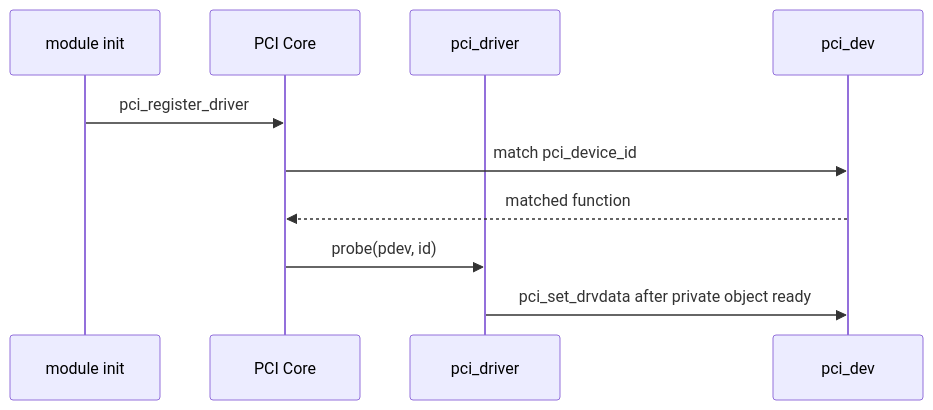
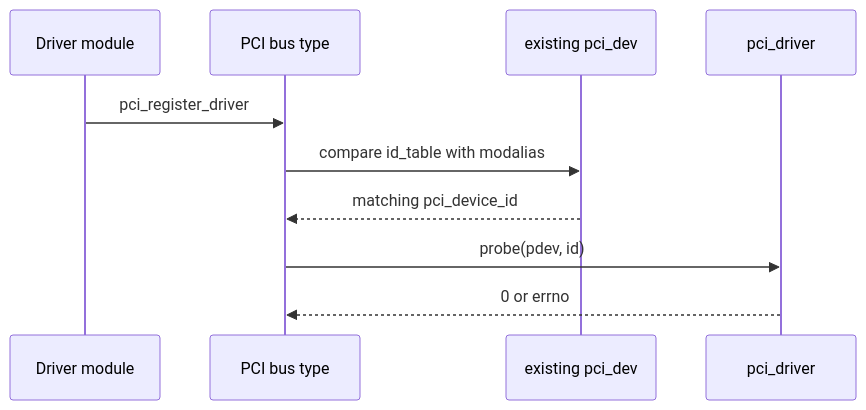
One commit to cdragon-ljl/EEandEdgeAI changed the second of 2 diagrams in docs/articles/pcie/pci-05-pci-driver-lifecycle-api.md. Above: the diagram before and after it, drawn with Mermaid. The commit also changed other lines of this file and 3 other files, not shown here.

Commit message:
docs: rebuild PCI Core learning path

````diff
--- a/docs/articles/pcie/pci-05-pci-driver-lifecycle-api.md
+++ b/docs/articles/pcie/pci-05-pci-driver-lifecycle-api.md
@@ -236,12 +69,12 @@
 ```mermaid
 sequenceDiagram
-    participant M as module init
-    participant C as PCI Core
-    participant D as pci_driver
-    participant P as pci_dev
-    M->>C: pci_register_driver
-    C->>P: match pci_device_id
-    P-->>C: matched function
-    C->>D: probe(pdev, id)
-    D->>P: pci_set_drvdata after private object ready
+    participant MOD as Driver module
+    participant BUS as PCI bus type
+    participant DEV as existing pci_dev
+    participant DRV as pci_driver
+    MOD->>BUS: pci_register_driver
+    BUS->>DEV: compare id_table with modalias
+    DEV-->>BUS: matching pci_device_id
+    BUS->>DRV: probe(pdev, id)
+    DRV-->>BUS: 0 or errno
 ```
````
